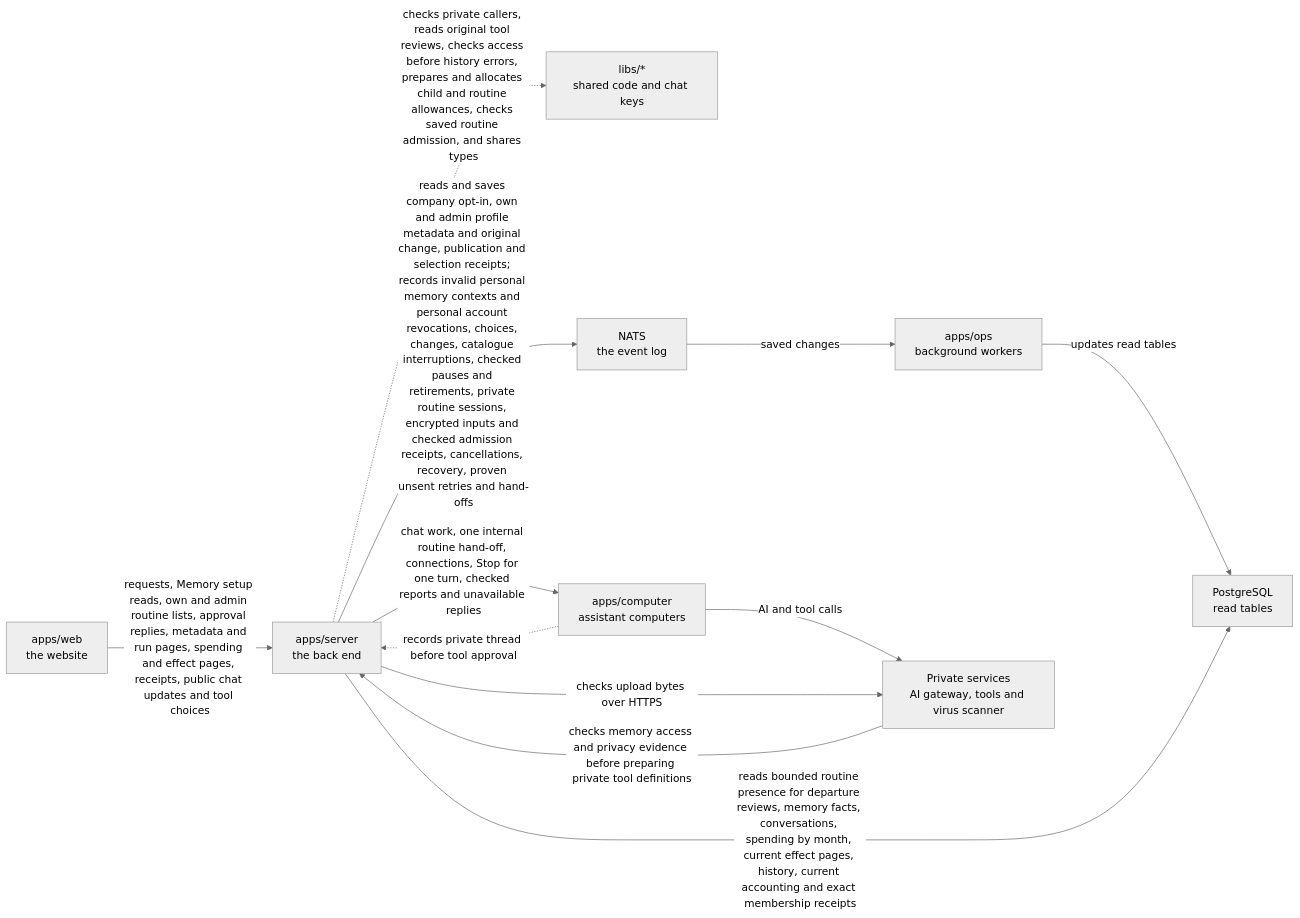
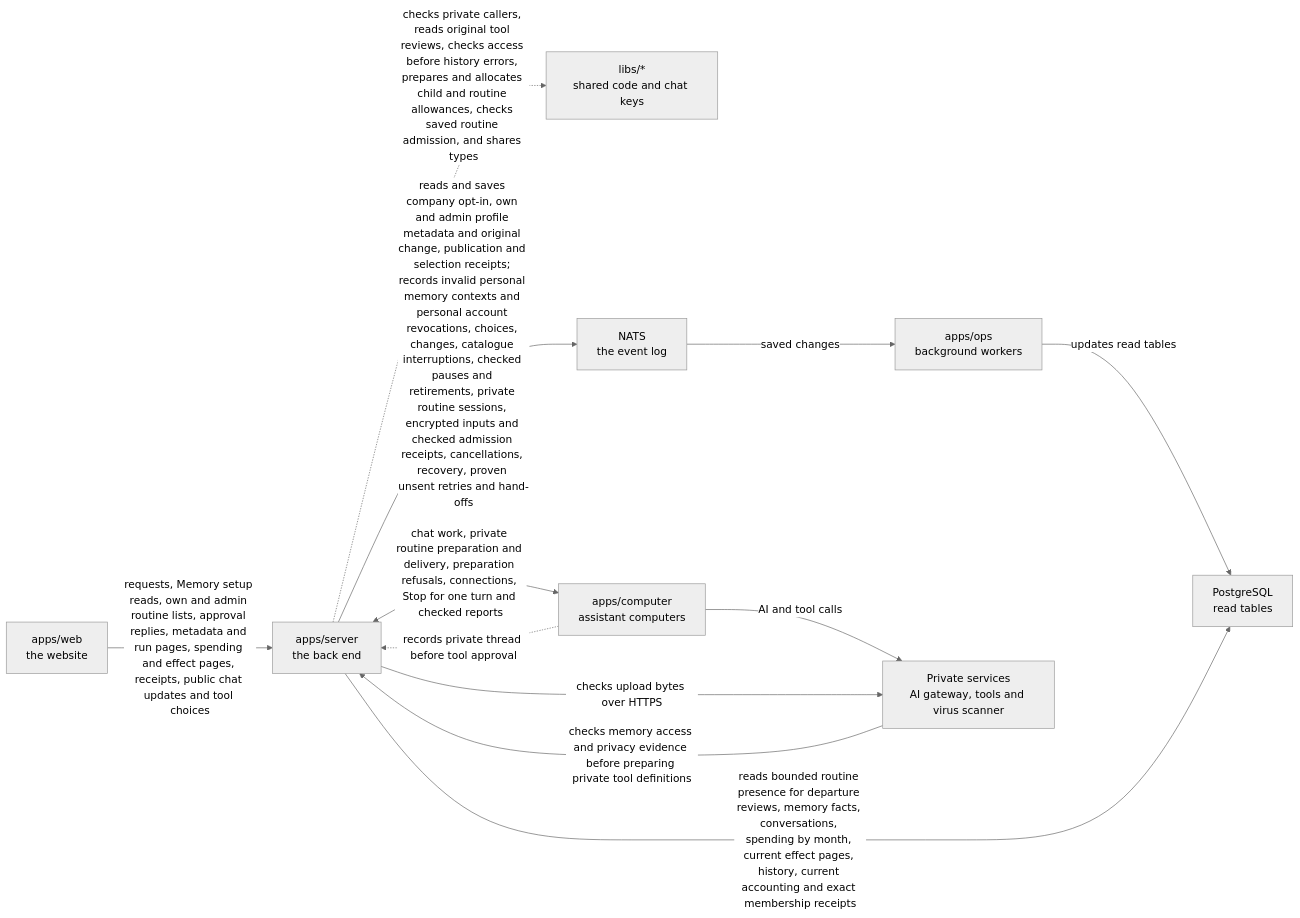
Before and after one commit to elewa-git/opencrane-new: the diagram in apps/server/README.md, drawn with Mermaid (neutral theme). The commit also changed other lines of this file and 17 other files, not shown here.

First line of the commit message:
⏱️ Routine hand-off starts the computer's native thread first and refuses a preparation without disturbing other private turns (#779)

````diff
--- a/apps/server/README.md
+++ b/apps/server/README.md
@@ -108,14 +110,14 @@
 ```mermaid
 flowchart LR
   web["apps/web<br/>the website"] -->|requests, Memory setup reads, own and admin routine lists, approval replies, metadata and run pages, spending and effect pages, receipts, public chat updates and tool choices| server["apps/server<br/>the back end"]
   server -.->|checks private callers, reads original tool reviews, checks access before history errors, prepares and allocates child and routine allowances, checks saved routine admission, and shares types| libs["libs/*<br/>shared code and chat keys"]
   server -->|reads and saves company opt-in, own and admin profile metadata and original change, publication and selection receipts; records invalid personal memory contexts and personal account revocations, choices, changes, catalogue interruptions, checked pauses and retirements, private routine sessions, encrypted inputs and checked admission receipts, cancellations, recovery, proven unsent retries and hand-offs| nats["NATS<br/>the event log"]
   nats -->|saved changes| ops["apps/ops<br/>background workers"]
   ops -->|updates read tables| postgres["PostgreSQL<br/>read tables"]
   server -->|reads bounded routine presence for departure reviews, memory facts, conversations, spending by month, current effect pages, history, current accounting and exact membership receipts| postgres
-  server -->|chat work, one internal routine hand-off, connections, Stop for one turn, checked reports and unavailable replies| computer["apps/computer<br/>assistant computers"]
+  server <-->|chat work, private routine preparation and delivery, preparation refusals, connections, Stop for one turn and checked reports| computer["apps/computer<br/>assistant computers"]
   computer -.->|records private thread before tool approval| server
   computer -->|AI and tool calls| runtime["Private services<br/>AI gateway, tools and virus scanner"]
   server -->|checks upload bytes over HTTPS| runtime
   runtime -->|checks memory access and privacy evidence before preparing private tool definitions| server
 ```
````
